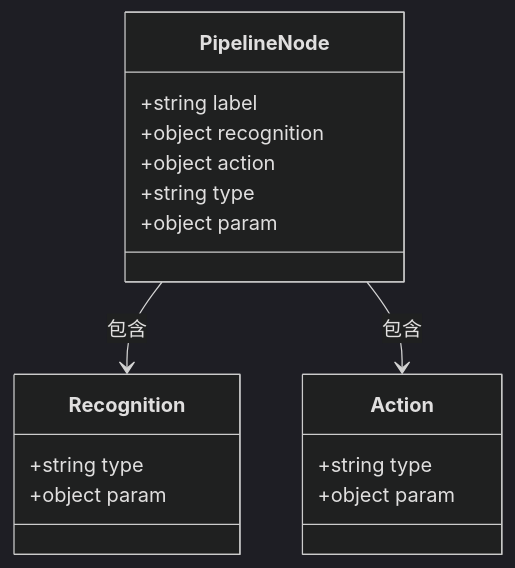
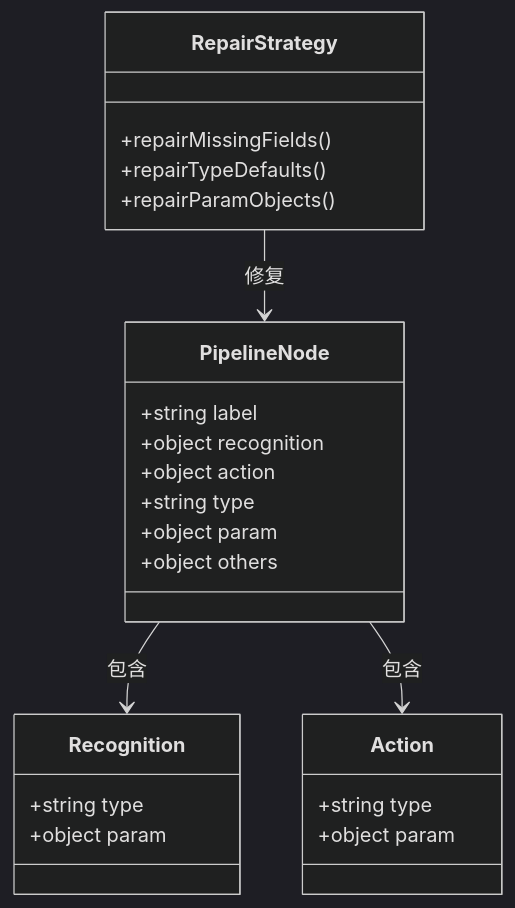
The fourth of 6 diagrams in .qoder/repowiki/zh/content/字段配置系统/字段验证系统/节点JSON验证器.md (kqcoxn/MaaPipelineEditor), drawn with Mermaid (dark theme) before and after one commit. The commit also changed other lines of this file and 17 other files, not shown here.

````diff
--- a/.qoder/repowiki/zh/content/字段配置系统/字段验证系统/节点JSON验证器.md
+++ b/.qoder/repowiki/zh/content/字段配置系统/字段验证系统/节点JSON验证器.md
@@ -174,20 +207,27 @@
 ```mermaid
 classDiagram
 class PipelineNode {
 +string label
 +object recognition
 +object action
 +string type
 +object param
++object others
 }
 class Recognition {
 +string type
 +object param
 }
 class Action {
 +string type
 +object param
 }
+class RepairStrategy {
++repairMissingFields()
++repairTypeDefaults()
++repairParamObjects()
+}
 PipelineNode --> Recognition : 包含
 PipelineNode --> Action : 包含
+RepairStrategy --> PipelineNode : 修复
 ```
````
